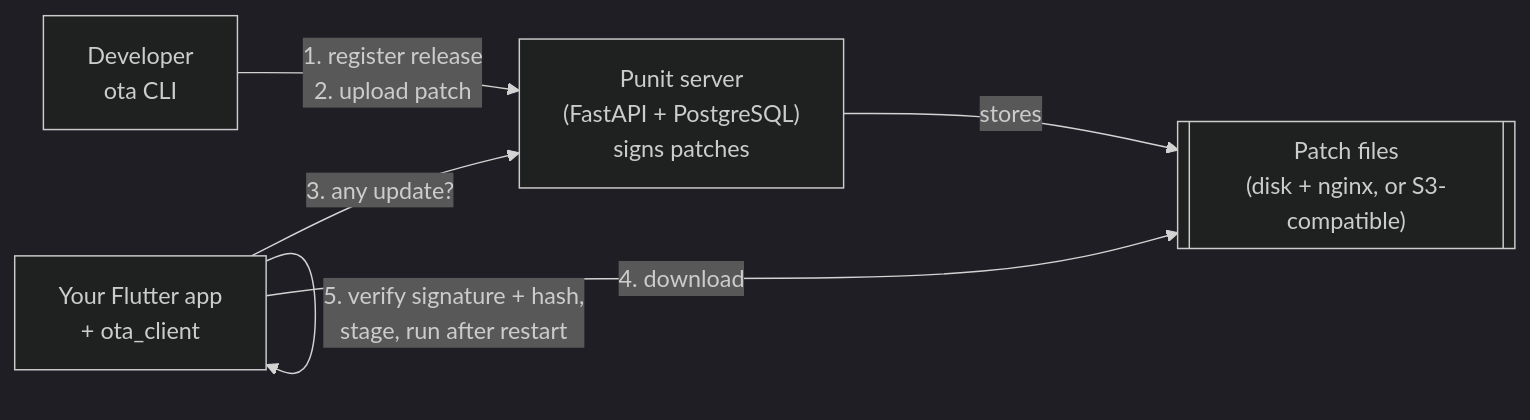
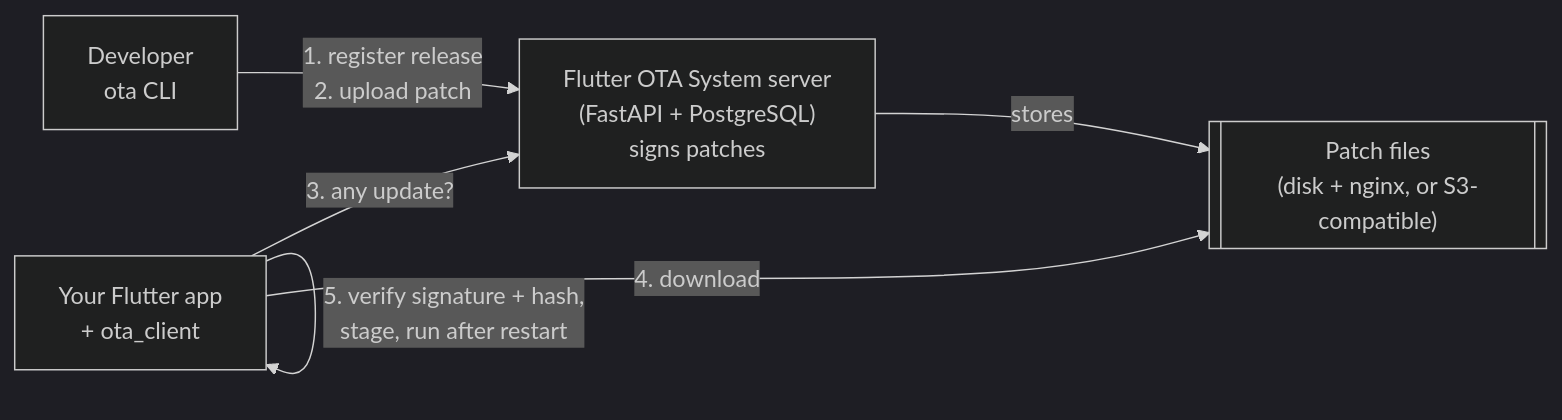
The diagram in README.md (punitsoni22/flutter_ota_system), drawn with Mermaid (dark theme) before and after one commit. The commit also changed other lines of this file and 77 other files, not shown here.

Commit message:
Rename project to Flutter OTA System; new project icon

````diff
--- a/README.md
+++ b/README.md
@@ -71,8 +71,8 @@
 ```mermaid
 flowchart LR
-  dev["Developer<br/>ota CLI"] -- "1. register release<br/>2. upload patch" --> api["Punit server<br/>(FastAPI + PostgreSQL)<br/>signs patches"]
+  dev["Developer<br/>ota CLI"] -- "1. register release<br/>2. upload patch" --> api["Flutter OTA System server<br/>(FastAPI + PostgreSQL)<br/>signs patches"]
   api -- stores --> files[["Patch files<br/>(disk + nginx, or S3-compatible)"]]
   app["Your Flutter app<br/>+ ota_client"] -- "3. any update?" --> api
   app -- "4. download" --> files
   app -- "5. verify signature + hash,<br/>stage, run after restart" --> app
 ```
````
